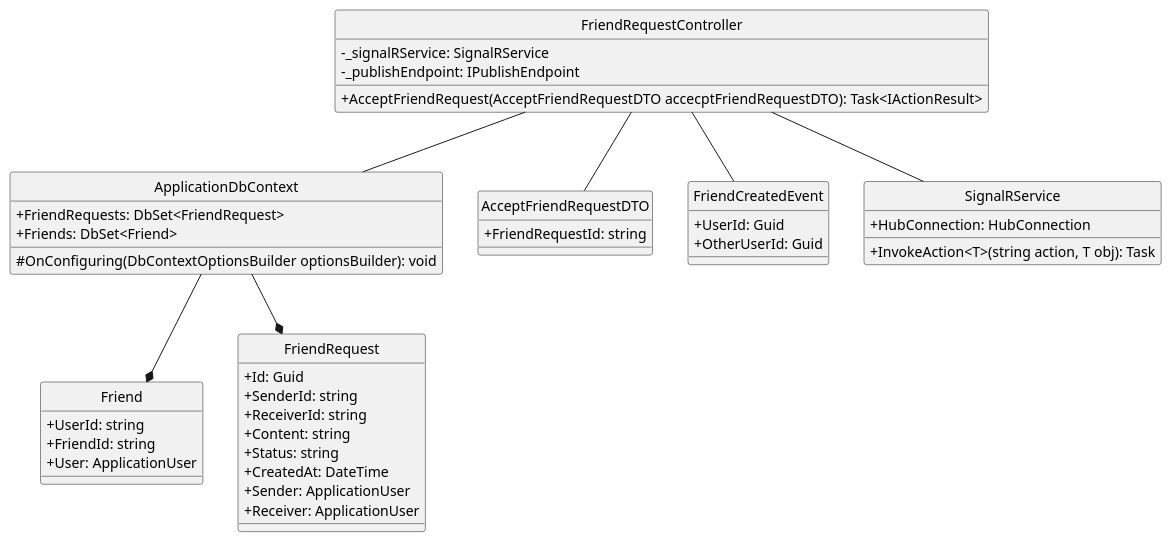
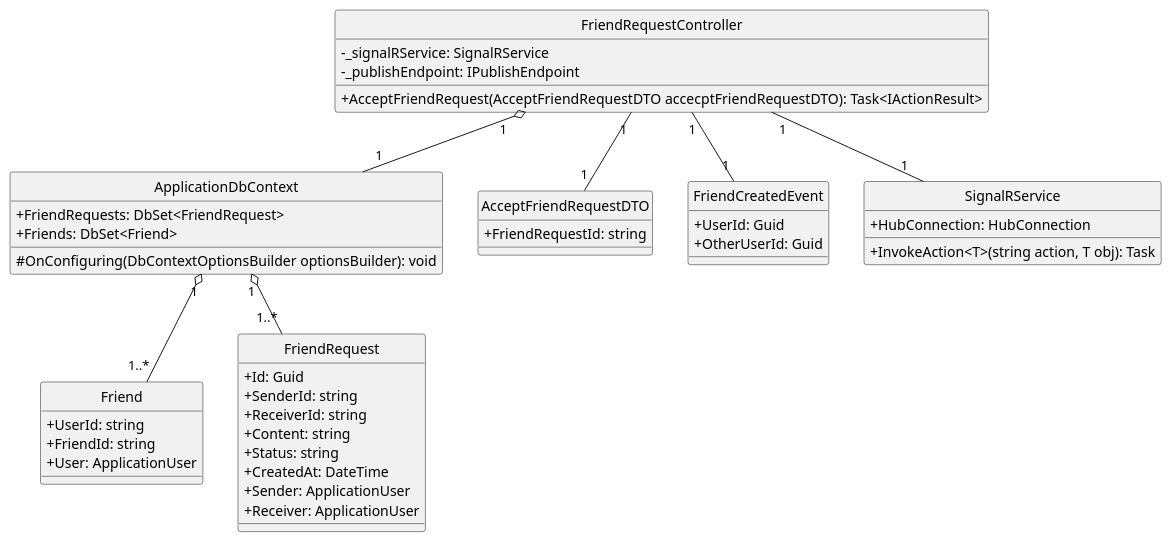
The diagram in docs/Class Diagram/Identity/AcceptFriendRequest/ClassDiagram.plantuml (Carl-Johnsons/Chat-Application), drawn with PlantUML before and after one commit. The commit also changed 11 other files, not shown here.

```diff
--- a/docs/Class Diagram/Identity/AcceptFriendRequest/ClassDiagram.plantuml
+++ b/docs/Class Diagram/Identity/AcceptFriendRequest/ClassDiagram.plantuml
@@ -1,54 +1,54 @@
-@startuml acceptFriendRequest
+@startuml
 hide circle
 skinparam classAttributeIconSize 0
 class FriendRequestController {
     - _signalRService: SignalRService
     - _publishEndpoint: IPublishEndpoint
     + AcceptFriendRequest(AcceptFriendRequestDTO accecptFriendRequestDTO): Task<IActionResult>
 }
 
 class ApplicationDbContext {
     + FriendRequests: DbSet<FriendRequest>
     + Friends: DbSet<Friend>
     # OnConfiguring(DbContextOptionsBuilder optionsBuilder): void
 }
 
 
 class AcceptFriendRequestDTO {
     + FriendRequestId: string
 }
 
 class Friend{
     + UserId: string
     + FriendId: string
     + User: ApplicationUser
 }
 
 class FriendRequest {
     + Id: Guid
     + SenderId: string
     + ReceiverId: string
     + Content: string
     + Status: string
     + CreatedAt: DateTime
     + Sender: ApplicationUser
     + Receiver: ApplicationUser
 }
 
 class FriendCreatedEvent{
     + UserId: Guid
     + OtherUserId: Guid
 }
 
 class SignalRService {
     + HubConnection: HubConnection
     + InvokeAction<T>(string action, T obj): Task
 }
 
-FriendRequestController -- ApplicationDbContext
-FriendRequestController -- AcceptFriendRequestDTO
-FriendRequestController -- SignalRService
-FriendRequestController -- FriendCreatedEvent
-ApplicationDbContext --* FriendRequest
-ApplicationDbContext --* Friend
+FriendRequestController "1" o--"1" ApplicationDbContext
+FriendRequestController "1" --"1" AcceptFriendRequestDTO
+FriendRequestController "1" --"1" SignalRService
+FriendRequestController "1" --"1" FriendCreatedEvent
+ApplicationDbContext "1" o--"1..*" FriendRequest
+ApplicationDbContext "1" o--"1..*" Friend
 @enduml
```
